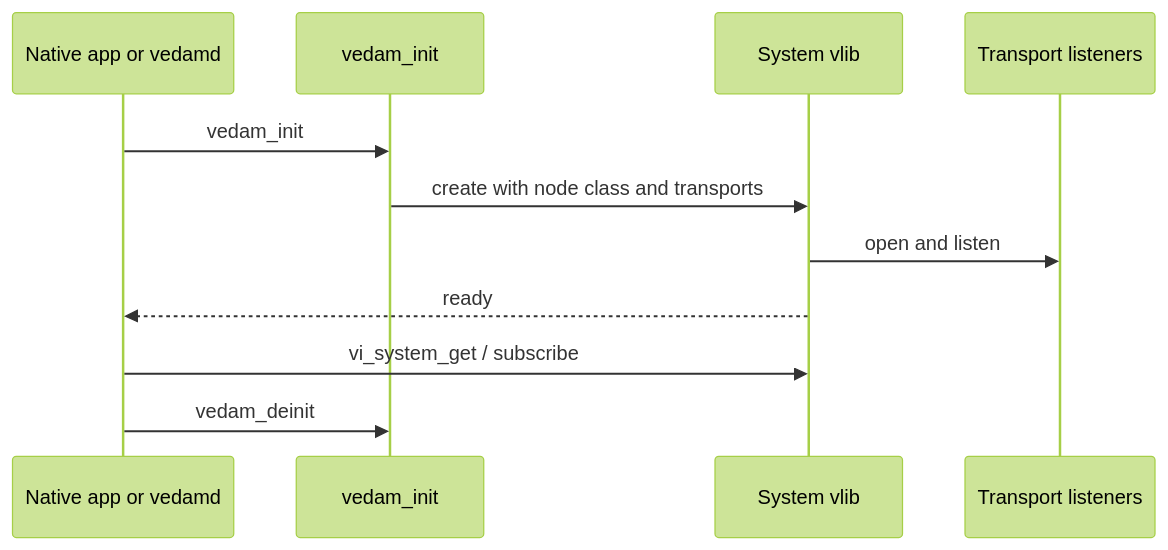
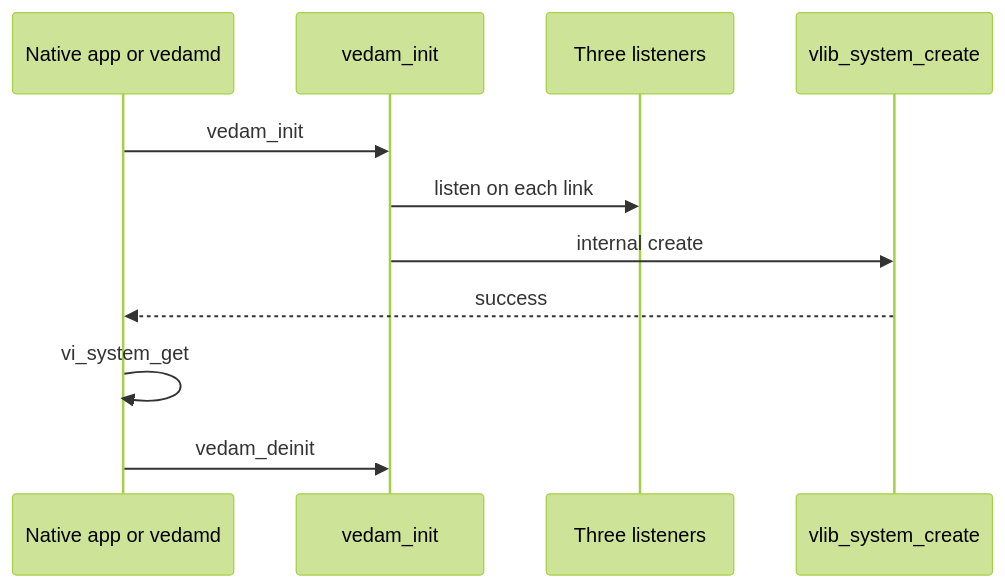
The fourth of 6 diagrams in chapters/architecture/high-level-architecture.md (ltbhappyness/docs), drawn with Mermaid (forest theme) before and after one commit. The commit also changed other lines of this file and 12 other files, not shown here.

````diff
--- a/chapters/architecture/high-level-architecture.md
+++ b/chapters/architecture/high-level-architecture.md
@@ -296,14 +301,14 @@
 ```mermaid
 sequenceDiagram
   participant Host as Native app or vedamd
   participant Init as vedam_init
-  participant Sys as System vlib
-  participant Rx as Transport listeners
+  participant Rx as Three listeners
+  participant Lib as vlib_system_create
 
   Host->>Init: vedam_init
-  Init->>Sys: create with node class and transports
-  Sys->>Rx: open and listen
-  Sys-->>Host: ready
-  Host->>Sys: vi_system_get / subscribe
+  Init->>Rx: listen on each link
+  Init->>Lib: internal create
+  Lib-->>Host: success
+  Host->>Host: vi_system_get
   Host->>Init: vedam_deinit
 ```
````
